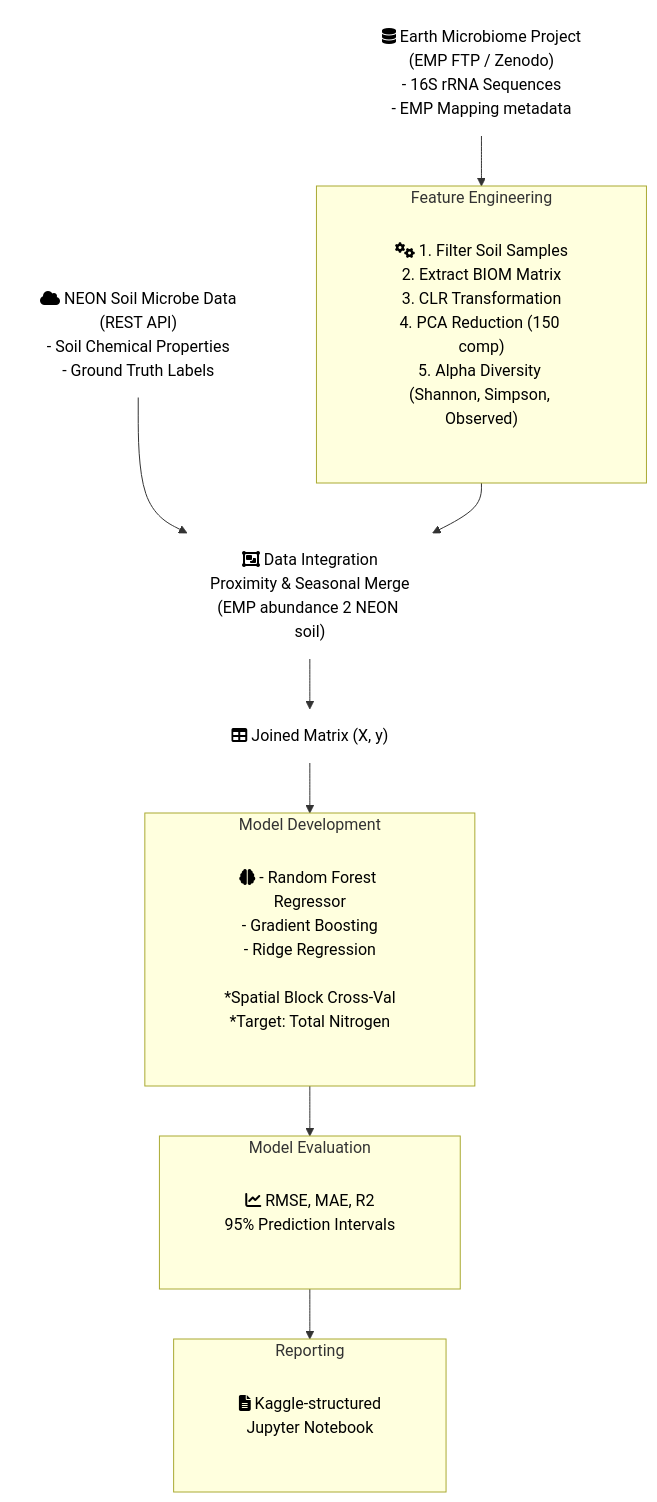
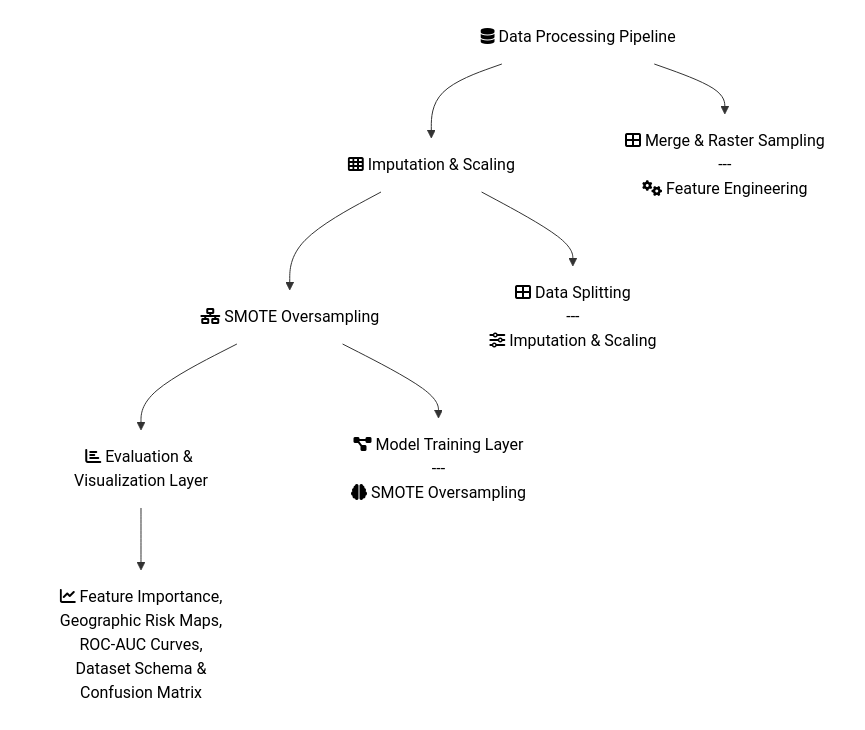
Before and after one commit to NCMFN/ClaudeCode: the diagram in assets/images/architecture/system_architecture.mmd, drawn with Mermaid. The commit also changed 1 other file, not shown here.

Commit message:
fig: Update system architecture diagram with FontAwesome icons

```diff
--- a/assets/images/architecture/system_architecture.mmd
+++ b/assets/images/architecture/system_architecture.mmd
@@ -1,48 +1,26 @@
 flowchart TD
     %% Define Classes for Styling as per memory constraints
     classDef plain fill:transparent,stroke:none,color:#000
+    classDef mainbox fill:transparent,stroke:#ddd,stroke-width:2px,color:#000
 
-    %% EMP Database
-    EMP["fa:fa-database Earth Microbiome Project\n(EMP FTP / Zenodo)\n- 16S rRNA Sequences\n- EMP Mapping metadata"]:::plain
+    %% Main Stages (Top Row)
+    DP_TOP["fa:fa-database Data Processing Pipeline"]:::plain
+    IS_TOP["fa:fa-th Imputation & Scaling"]:::plain
+    SO_TOP["fa:fa-network-wired SMOTE Oversampling"]:::plain
+    EV_TOP["fa:fa-chart-bar Evaluation & Visualization Layer"]:::plain
 
-    %% NEON API
-    NEON["fa:fa-cloud NEON Soil Microbe Data\n(REST API)\n- Soil Chemical Properties\n- Ground Truth Labels"]:::plain
+    DP_TOP --> IS_TOP
+    IS_TOP --> SO_TOP
+    SO_TOP --> EV_TOP
 
-    %% Feature Engineering Node
-    subgraph FE[Feature Engineering]
-        direction TB
-        fe_steps["fa:fa-cogs 1. Filter Soil Samples\n2. Extract BIOM Matrix\n3. CLR Transformation\n4. PCA Reduction (150 comp)\n5. Alpha Diversity (Shannon, Simpson, Observed)"]:::plain
-    end
-
-    %% Joined Matrix
-    JM["fa:fa-table Joined Matrix (X, y)"]:::plain
-
-    %% Data Integration Node
-    DI["fa:fa-object-group Data Integration\nProximity & Seasonal Merge\n(EMP abundance 2 NEON soil)"]:::plain
-
-    %% Model Development Node
-    subgraph MD[Model Development]
-        direction TB
-        md_models["fa:fa-brain - Random Forest Regressor\n- Gradient Boosting\n- Ridge Regression\n\n*Spatial Block Cross-Val\n*Target: Total Nitrogen"]:::plain
-    end
-
-    %% Model Evaluation Node
-    subgraph ME[Model Evaluation]
-        direction TB
-        me_metrics["fa:fa-chart-line RMSE, MAE, R2\n95% Prediction Intervals"]:::plain
-    end
-
-    %% Reporting Node
-    subgraph RP[Reporting]
-        direction TB
-        rp_format["fa:fa-file-alt Kaggle-structured\nJupyter Notebook"]:::plain
-    end
+    %% Details
+    DP_BOT["fa:fa-th-large Merge & Raster Sampling<br>---<br>fa:fa-cogs Feature Engineering"]:::plain
+    IS_BOT["fa:fa-th-large Data Splitting<br>---<br>fa:fa-sliders-h Imputation & Scaling"]:::plain
+    SO_BOT["fa:fa-project-diagram Model Training Layer<br>---<br>fa:fa-brain SMOTE Oversampling"]:::plain
+    EV_BOT["fa:fa-chart-line Feature Importance,<br>Geographic Risk Maps,<br>ROC-AUC Curves,<br>Dataset Schema &<br>Confusion Matrix"]:::plain
 
     %% Connections
-    EMP --> fe_steps
-    fe_steps --> DI
-    NEON --> DI
-    DI --> JM
-    JM --> md_models
-    md_models --> me_metrics
-    me_metrics --> rp_format
+    DP_TOP --> DP_BOT
+    IS_TOP --> IS_BOT
+    SO_TOP --> SO_BOT
+    EV_TOP --> EV_BOT
```
